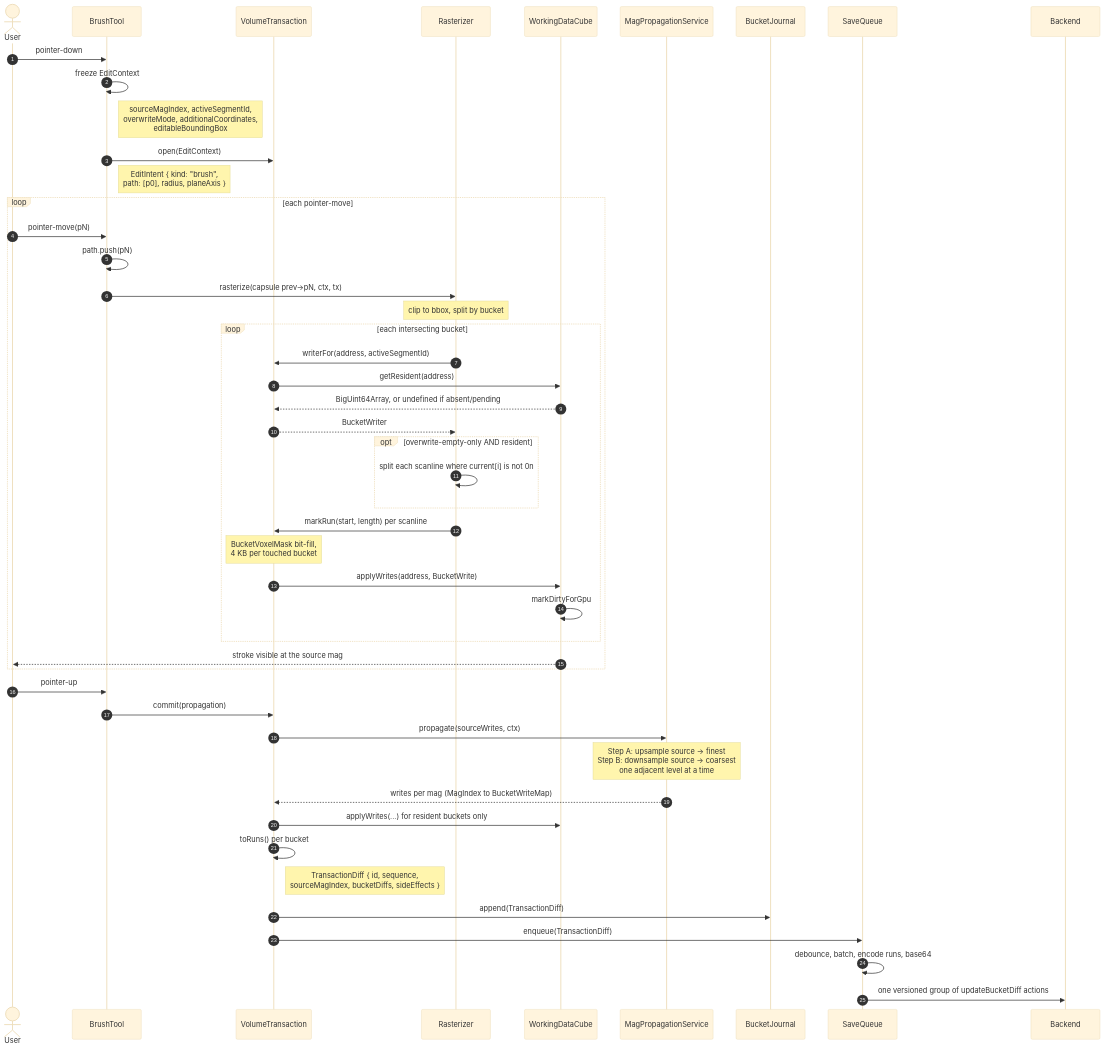
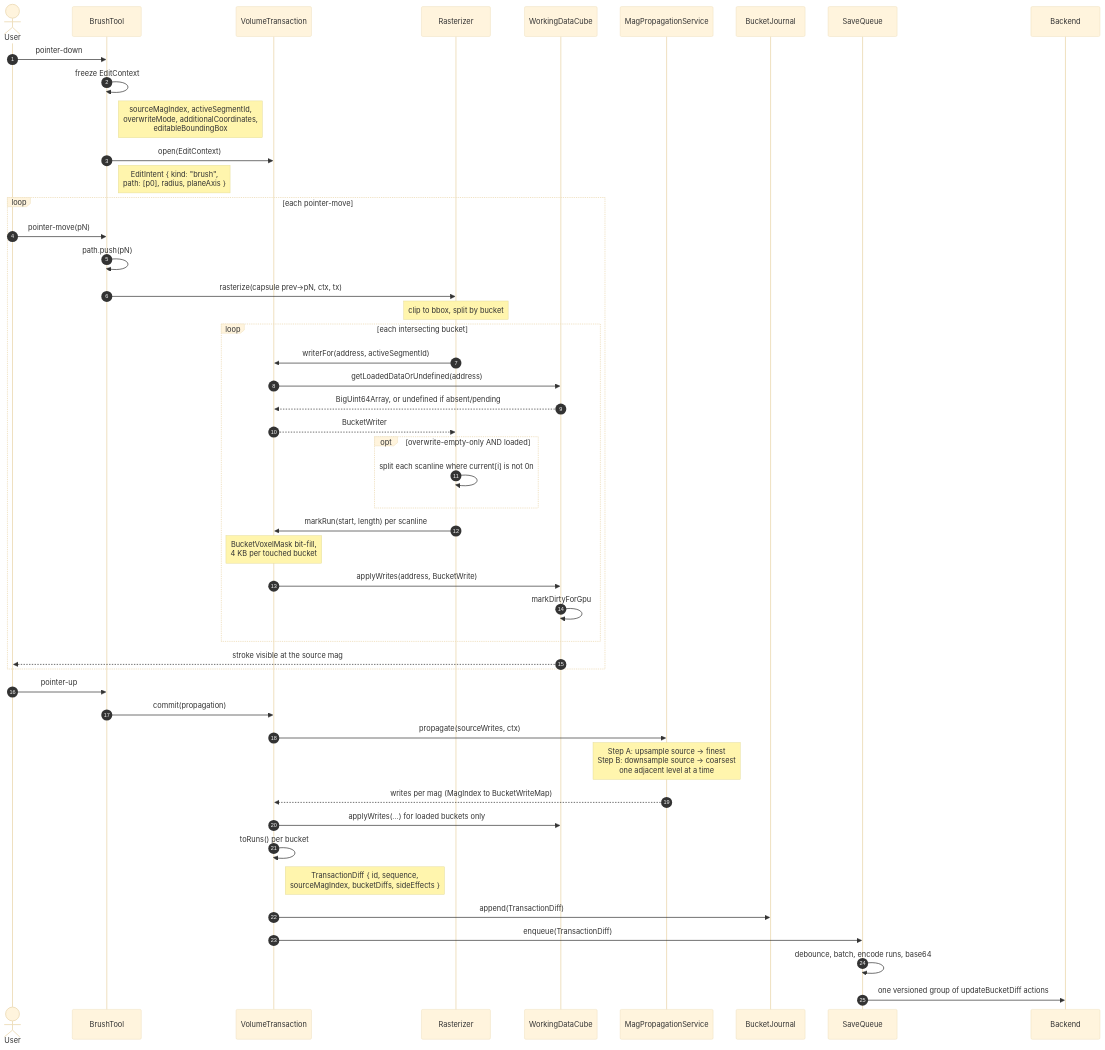
Before and after one commit to scalableminds/webknossos: the second of 2 diagrams in design/volume_annotation_architecture.md, drawn with Mermaid (base theme). The commit also changed other lines of this file and 6 other files, not shown here.

Commit message:
resident -> loaded

````diff
--- a/design/volume_annotation_architecture.md
+++ b/design/volume_annotation_architecture.md
@@ -1315,53 +1320,53 @@
 ```mermaid
 sequenceDiagram
   autonumber
   actor U as User
   participant B as BrushTool
   participant T as VolumeTransaction
   participant R as Rasterizer
   participant C as WorkingDataCube
   participant P as MagPropagationService
   participant L as BucketJournal
   participant S as SaveQueue
   participant K as Backend
 
   U->>B: pointer-down
   B->>B: freeze EditContext
   Note right of B: sourceMagIndex, activeSegmentId,<br/>overwriteMode, additionalCoordinates,<br/>editableBoundingBox
   B->>T: open(EditContext)
   Note right of B: EditIntent { kind: "brush",<br/>path: [p0], radius, planeAxis }
 
   loop each pointer-move
     U->>B: pointer-move(pN)
     B->>B: path.push(pN)
     B->>R: rasterize(capsule prev→pN, ctx, tx)
     Note over R: clip to bbox, split by bucket
     loop each intersecting bucket
       R->>T: writerFor(address, activeSegmentId)
-      T->>C: getResident(address)
+      T->>C: getLoadedDataOrUndefined(address)
       C-->>T: BigUint64Array, or undefined if absent/pending
       T-->>R: BucketWriter
-      opt overwrite-empty-only AND resident
+      opt overwrite-empty-only AND loaded
         R->>R: split each scanline where current[i] is not 0n
       end
       R->>T: markRun(start, length) per scanline
       Note over T: BucketVoxelMask bit-fill,<br/>4 KB per touched bucket
       T->>C: applyWrites(address, BucketWrite)
       C->>C: markDirtyForGpu
     end
     C-->>U: stroke visible at the source mag
   end
 
   U->>B: pointer-up
   B->>T: commit(propagation)
   T->>P: propagate(sourceWrites, ctx)
   Note over P: Step A: upsample source → finest<br/>Step B: downsample source → coarsest<br/>one adjacent level at a time
   P-->>T: writes per mag (MagIndex to BucketWriteMap)
-  T->>C: applyWrites(...) for resident buckets only
+  T->>C: applyWrites(...) for loaded buckets only
   T->>T: toRuns() per bucket
   Note right of T: TransactionDiff { id, sequence,<br/>sourceMagIndex, bucketDiffs, sideEffects }
   T->>L: append(TransactionDiff)
   T->>S: enqueue(TransactionDiff)
   S->>S: debounce, batch, encode runs, base64
   S->>K: one versioned group of updateBucketDiff actions
 ```
````
